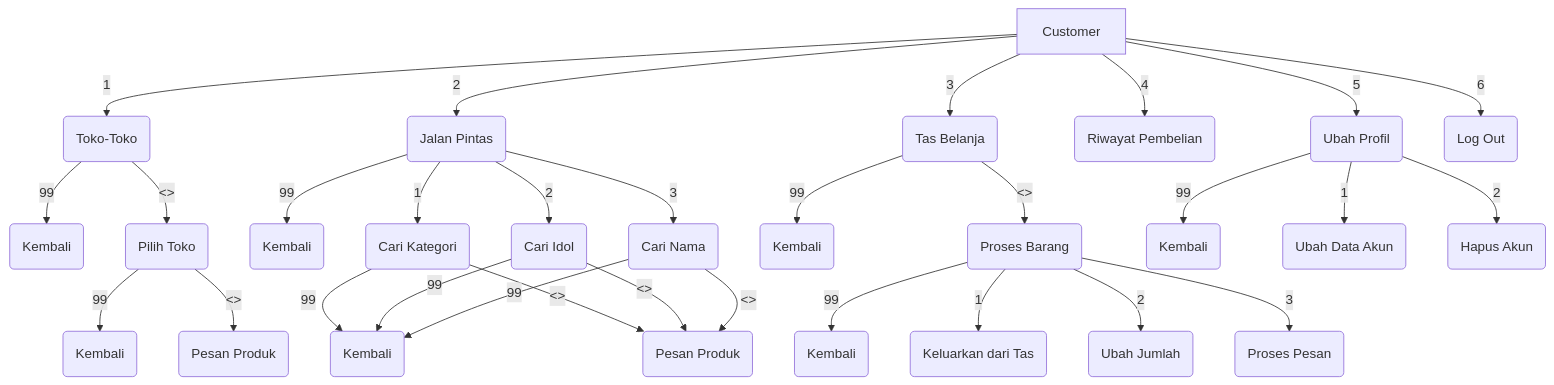
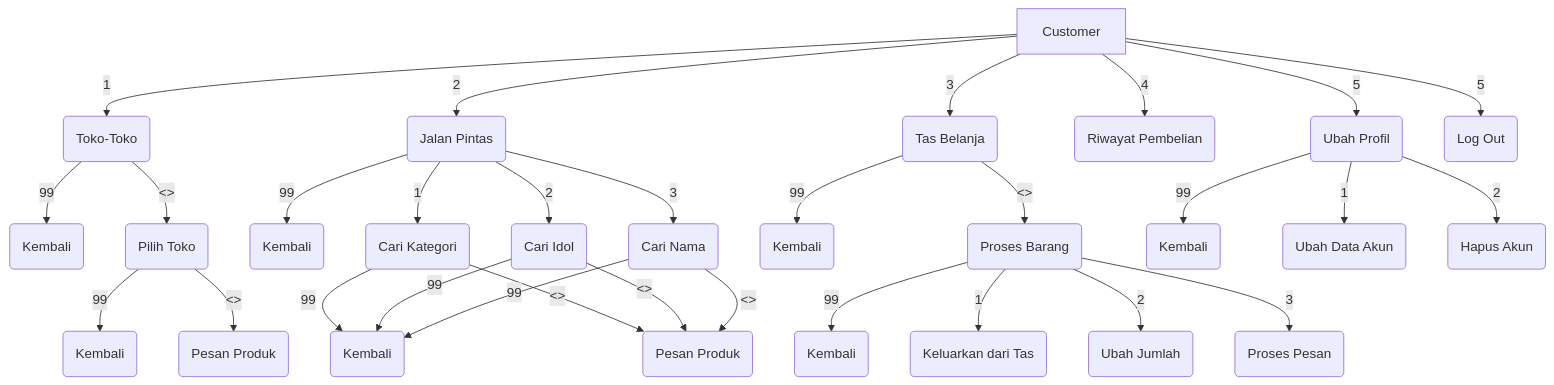
One commit to Viabelous/ProjekAkhirPBO changed the first of 3 diagrams in README.md. Above: the diagram before and after it, drawn with Mermaid. The commit also changed other lines of this file, not shown here.

````diff
--- a/README.md
+++ b/README.md
@@ -29,37 +29,37 @@
 ```mermaid
 graph 
 
 A[Customer] -- 1 --> B(Toko-Toko)
 B --99 --> BA(Kembali)
 B -- <> --> BB(Pilih Toko)
 	BB -- 99 --> BBA(Kembali)
 	BB -- <> --> BBB(Pesan Produk)
 
 A -- 2 --> G(Jalan Pintas)
 G --99 --> GA(Kembali)
 G -- 1 --> GB(Cari Kategori)
 G -- 2 --> GC(Cari Idol)
 G -- 3 --> GD(Cari Nama)
 	GB -- 99 --> GBack(Kembali)
 	GB -- <> --> GProc(Pesan Produk)
 	GC -- 99 --> GBack(Kembali)
 	GC -- <> --> GProc(Pesan Produk)
 	GD -- 99 --> GBack(Kembali)
 	GD -- <> --> GProc(Pesan Produk)
 
 A -- 3 --> C(Tas Belanja)
 C -- 99 --> CA(Kembali)
 C -- <> --> CC(Proses Barang)
 	CC -- 99 --> CCA(Kembali)
 	CC -- 1 --> CCB(Keluarkan dari Tas)
 	CC -- 2 --> CCC(Ubah Jumlah)
 	CC -- 3 --> CCD(Proses Pesan)
 
 A -- 4 --> D(Riwayat Pembelian)
 A -- 5 --> E(Ubah Profil)
 E -- 99 --> EA(Kembali)
 E -- 1 --> EB(Ubah Data Akun)
 E -- 2 --> EC(Hapus Akun)
 
-A -- 6 --> F(Log Out)
+A -- 5 --> F(Log Out)
 ```
````
